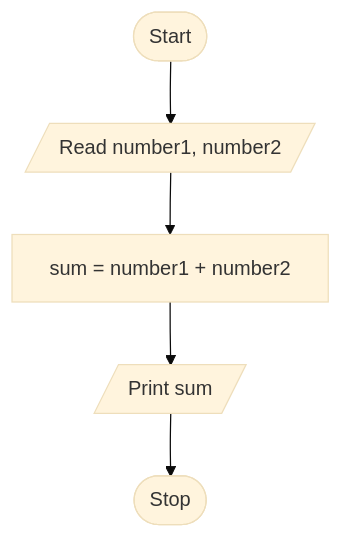
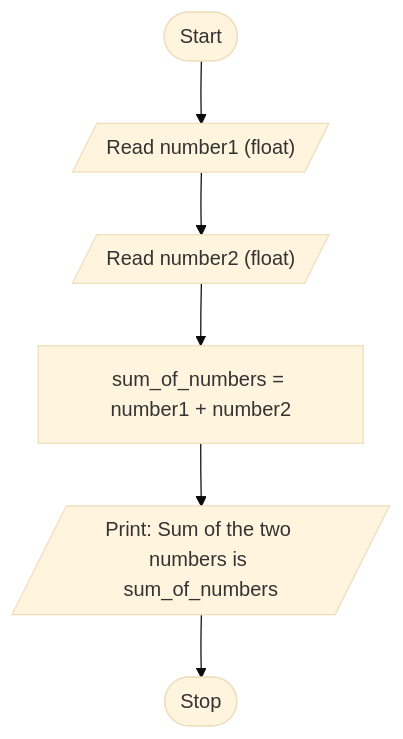
The diagram in .faculty/observations/u1t1sum.md (asvnphanindra/2026-27_PythonProgrammingCourse), drawn with Mermaid (base theme) before and after one commit. The commit also changed 20 other files, not shown here.

Commit message:
Expand Full-observation flowcharts with step-by-step Mermaid detail.

````diff
--- a/.faculty/observations/u1t1sum.md
+++ b/.faculty/observations/u1t1sum.md
@@ -41,12 +41,10 @@
 ```mermaid
 flowchart TD
-    N0(["Start"])
-    N1[/"Read number1, number2"/]
-    N2["sum = number1 + number2"]
-    N3[/"Print sum"/]
-    N4(["Stop"])
-    N0 --> N1
-    N1 --> N2
-    N2 --> N3
-    N3 --> N4
+Start(["Start"])
+R1[/"Read number1 (float)"/]
+R2[/"Read number2 (float)"/]
+P1["sum_of_numbers = number1 + number2"]
+O1[/"Print: Sum of the two numbers is sum_of_numbers"/]
+Stop(["Stop"])
+Start --> R1 --> R2 --> P1 --> O1 --> Stop
 ```
````
